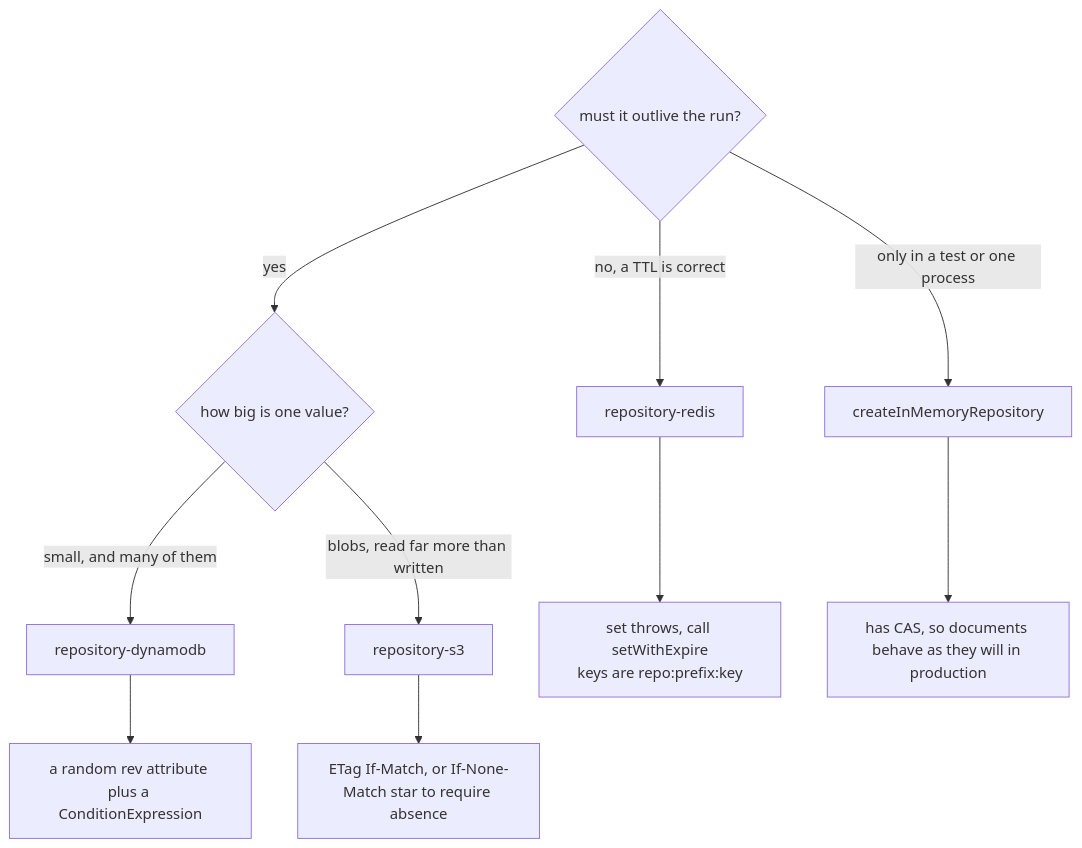
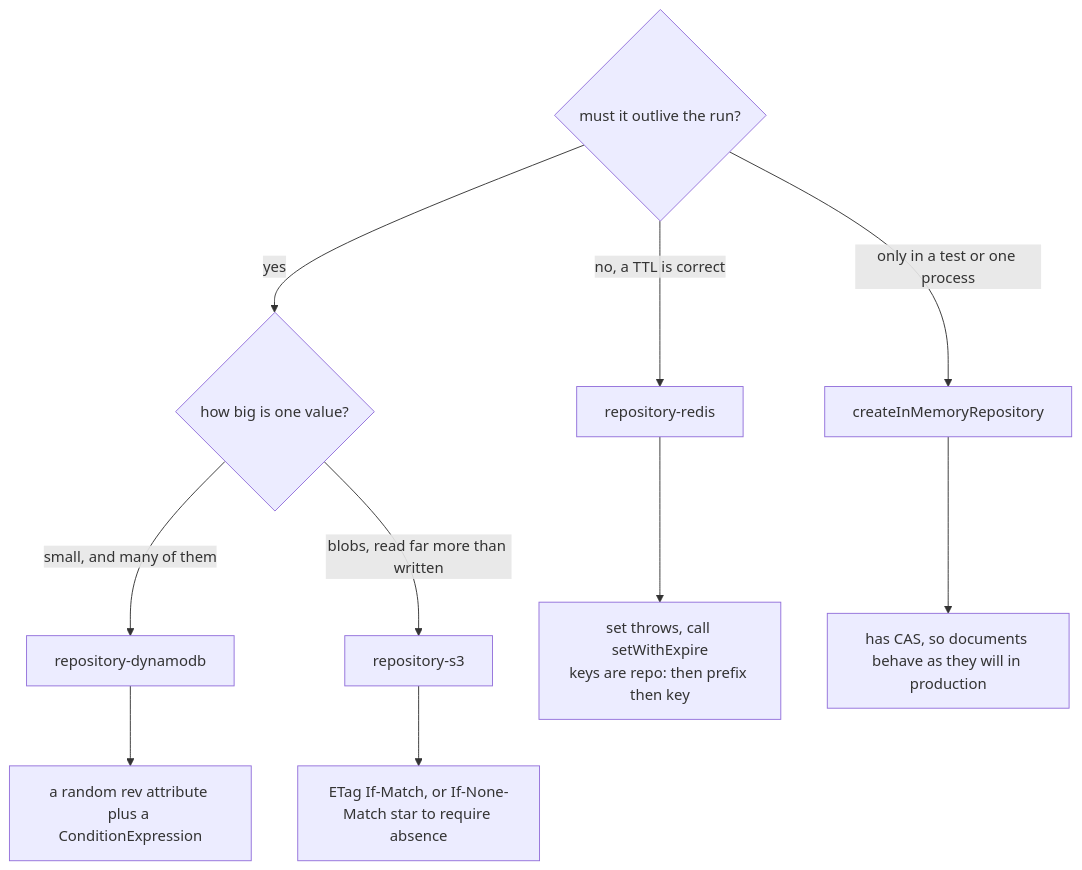
One commit to yingyeothon/tslib changed the second of 3 diagrams in docs/storage.md. Above: the diagram before and after it, drawn with Mermaid. The commit also changed other lines of this file and 27 other files, not shown here.

````diff
--- a/docs/storage.md
+++ b/docs/storage.md
@@ -55,13 +80,13 @@
 ```mermaid
 flowchart TD
   Q0{"must it outlive the run?"}
   Q0 -->|"no, a TTL is correct"| RED["repository-redis"]
   Q0 -->|"only in a test or one process"| MEM["createInMemoryRepository"]
   Q0 -->|"yes"| Q1{"how big is one value?"}
   Q1 -->|"small, and many of them"| DDB["repository-dynamodb"]
   Q1 -->|"blobs, read far more than written"| S3["repository-s3"]
-  RED --> RW["set throws, call setWithExpire<br/>keys are repo:prefix:key"]
+  RED --> RW["set throws, call setWithExpire<br/>keys are repo: then prefix then key"]
   DDB --> DW["a random rev attribute plus a ConditionExpression"]
   S3 --> SW["ETag If-Match, or If-None-Match star to require absence"]
   MEM --> MW["has CAS, so documents behave as they will in production"]
 ```
````
